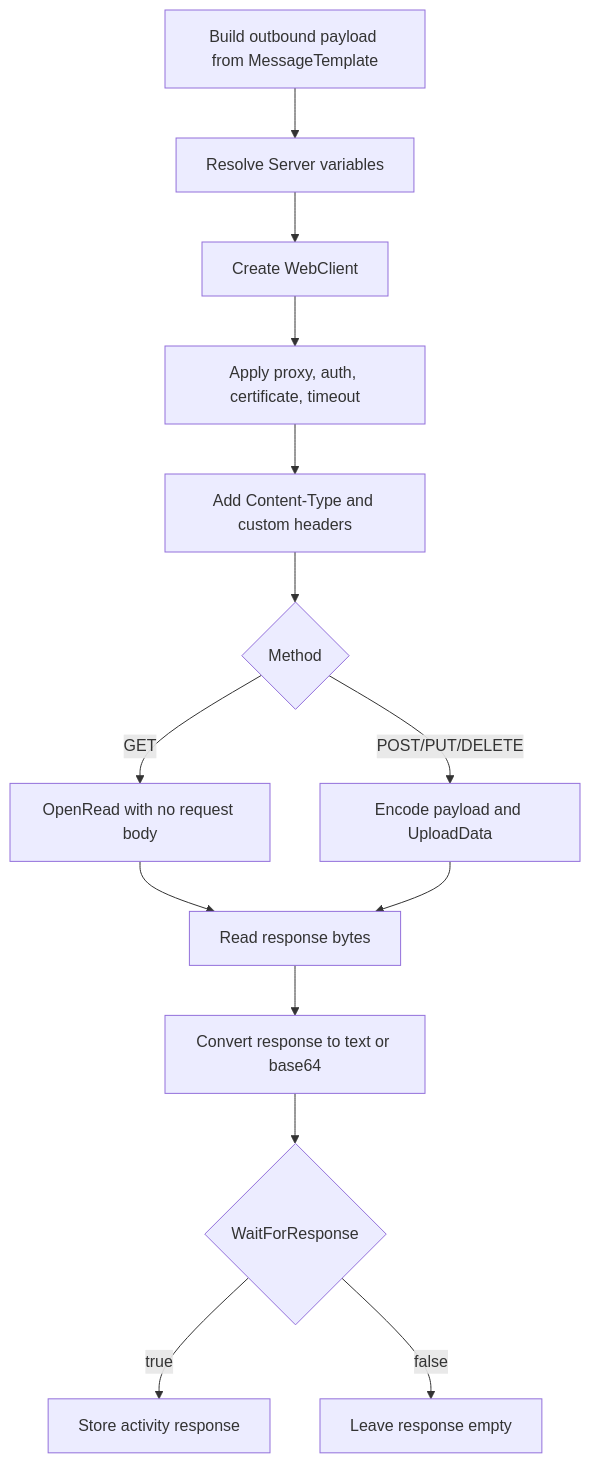
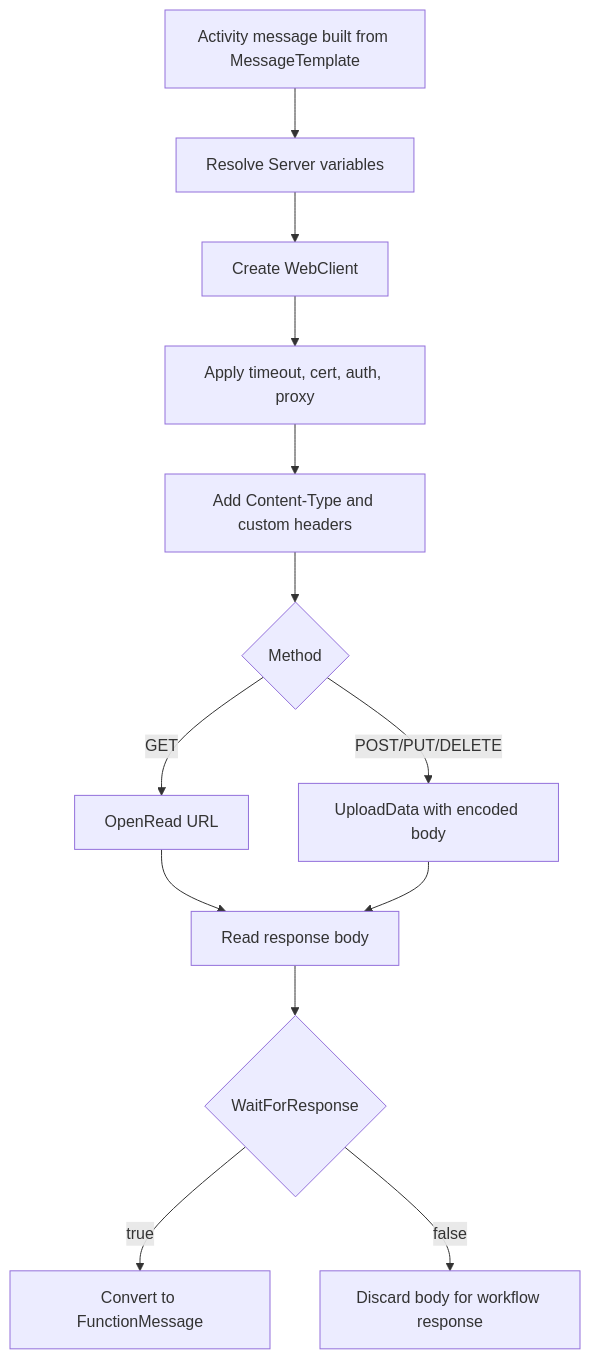
One commit to IntegrationSoup/Documentation changed the diagram in docs/workflow/sender-activities/http-sender.md. Above: the diagram before and after it, drawn with Mermaid. The commit also changed other lines of this file and 4 other files, not shown here.

````diff
--- a/docs/workflow/sender-activities/http-sender.md
+++ b/docs/workflow/sender-activities/http-sender.md
@@ -11,16 +20,15 @@
 ```mermaid
 flowchart TD
-    A[Build outbound payload from MessageTemplate] --> B[Resolve Server variables]
+    A[Activity message built from MessageTemplate] --> B[Resolve Server variables]
     B --> C[Create WebClient]
-    C --> D[Apply proxy, auth, certificate, timeout]
+    C --> D[Apply timeout, cert, auth, proxy]
     D --> E[Add Content-Type and custom headers]
     E --> F{Method}
-    F -- GET --> G[OpenRead with no request body]
-    F -- POST/PUT/DELETE --> H[Encode payload and UploadData]
-    G --> I[Read response bytes]
+    F -- GET --> G[OpenRead URL]
+    F -- POST/PUT/DELETE --> H[UploadData with encoded body]
+    G --> I[Read response body]
     H --> I
-    I --> J[Convert response to text or base64]
-    J --> K{WaitForResponse}
-    K -- true --> L[Store activity response]
-    K -- false --> M[Leave response empty]
+    I --> J{WaitForResponse}
+    J -- true --> K[Convert to FunctionMessage]
+    J -- false --> L[Discard body for workflow response]
 ```
````
